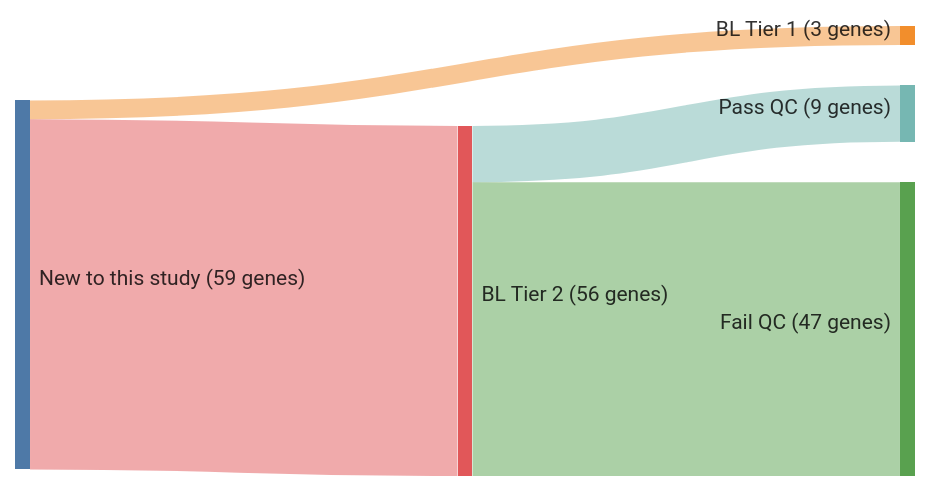
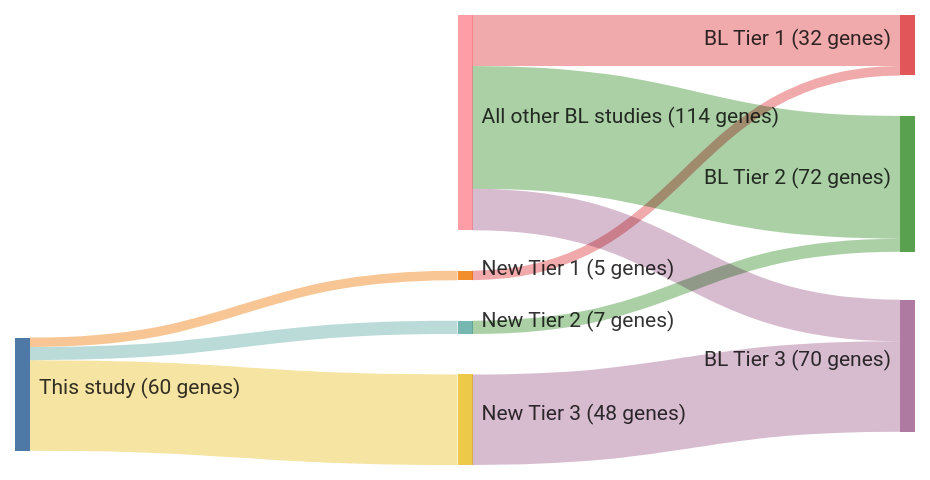
Before and after one commit to morinlab/lymphopedia: the diagram in papers/loveGeneticLandscapeMutations2012.md, drawn with Mermaid. The commit also changed other lines of this file and 81 other files, not shown here.

````diff
--- a/papers/loveGeneticLandscapeMutations2012.md
+++ b/papers/loveGeneticLandscapeMutations2012.md
@@ -13,18 +12,23 @@
 ```mermaid
 ---
 config:
     sankey:
         showValues: true
         linkColor: target
         width: 600
         height: 300
         nodeAlignment: right
         prefix: '('
         suffix: ' genes)'
 ---
 sankey-beta
-New to this study, BL Tier 1, 3
-New to this study, BL Tier 2, 56
-BL Tier 2, Pass QC, 9
-BL Tier 2, Fail QC, 47
+This study, New Tier 1, 5
+New Tier 1, BL Tier 1, 5
+This study, New Tier 2, 7
+New Tier 2, BL Tier 2, 7
+This study, New Tier 3, 48
+New Tier 3, BL Tier 3, 48
+All other BL studies, BL Tier 1, 27
+All other BL studies, BL Tier 2, 65
+All other BL studies, BL Tier 3, 22
 ```
````
